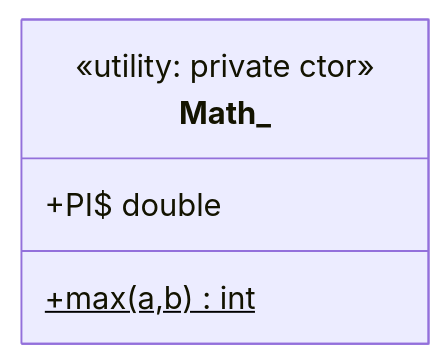
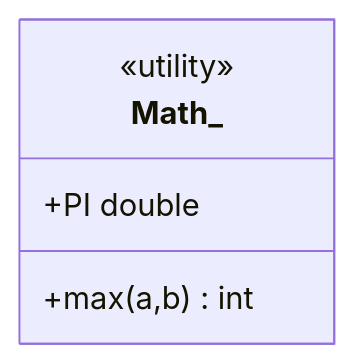
Before and after one commit to kotiansukesh/Engineering-Knowledge-System: the diagram in Java/01_Core-Java/Types/Static Class.md, drawn with Mermaid. The commit also changed other lines of this file and 546 other files, not shown here.

````diff
--- a/Java/01_Core-Java/Types/Static Class.md
+++ b/Java/01_Core-Java/Types/Static Class.md
@@ -21,8 +29,8 @@
 ```mermaid
 classDiagram
  class Math_ {
- <<utility: private ctor>>
- +max(a,b)$ int
- +PI$ double
+ <<utility>>
+ +max(a,b) int
+ +PI double
  }
 ```
````
